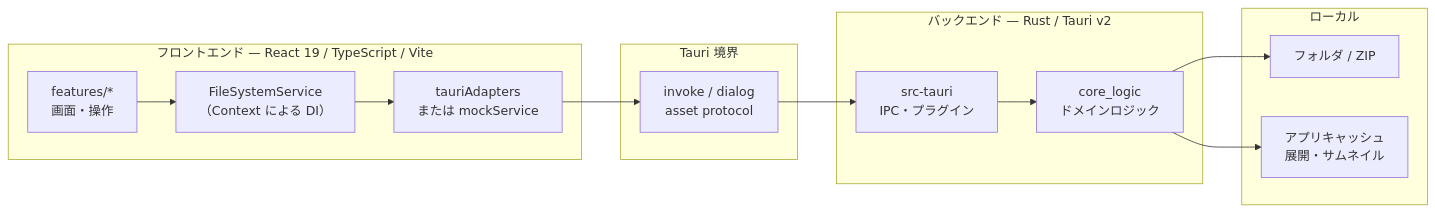
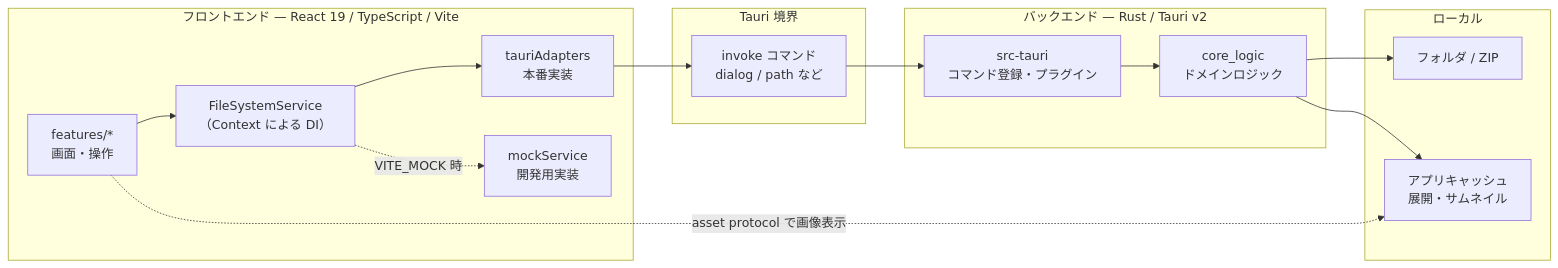
The diagram in README.md (hk-pG/sun-riseup-viewrrr), drawn with Mermaid before and after one commit. The commit also changed other lines of this file, not shown here.

First line of the commit message:
docs: refine README architecture section after self-review

````diff
--- a/README.md
+++ b/README.md
@@ -15,26 +22,29 @@
 ```mermaid
 flowchart LR
   subgraph FE["フロントエンド — React 19 / TypeScript / Vite"]
-    UI["features/*\n画面・操作"]
-    Svc["FileSystemService\n（Context による DI）"]
-    Adapters["tauriAdapters\nまたは mockService"]
+    UI["features/*<br/>画面・操作"]
+    Svc["FileSystemService<br/>（Context による DI）"]
+    Adapter["tauriAdapters<br/>本番実装"]
+    Mock["mockService<br/>開発用実装"]
   end
 
   subgraph IPC["Tauri 境界"]
-    Invoke["invoke / dialog\nasset protocol"]
+    Invoke["invoke コマンド<br/>dialog / path など"]
   end
 
   subgraph BE["バックエンド — Rust / Tauri v2"]
-    Shell["src-tauri\nIPC・プラグイン"]
-    Core["core_logic\nドメインロジック"]
+    Shell["src-tauri<br/>コマンド登録・プラグイン"]
+    Core["core_logic<br/>ドメインロジック"]
   end
 
   subgraph OS["ローカル"]
     Disk["フォルダ / ZIP"]
-    Cache["アプリキャッシュ\n展開・サムネイル"]
+    Cache["アプリキャッシュ<br/>展開・サムネイル"]
   end
 
-  UI --> Svc --> Adapters --> Invoke --> Shell --> Core
+  UI --> Svc --> Adapter --> Invoke --> Shell --> Core
+  Svc -. VITE_MOCK 時 .-> Mock
   Core --> Disk
   Core --> Cache
+  UI -. asset protocol で画像表示 .-> Cache
 ```
````
